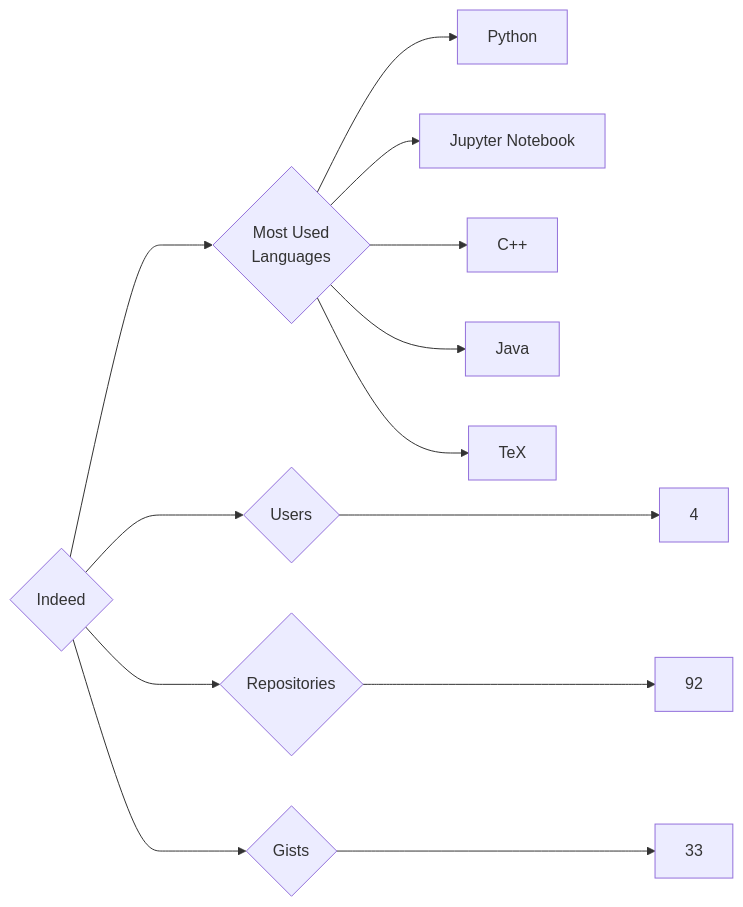
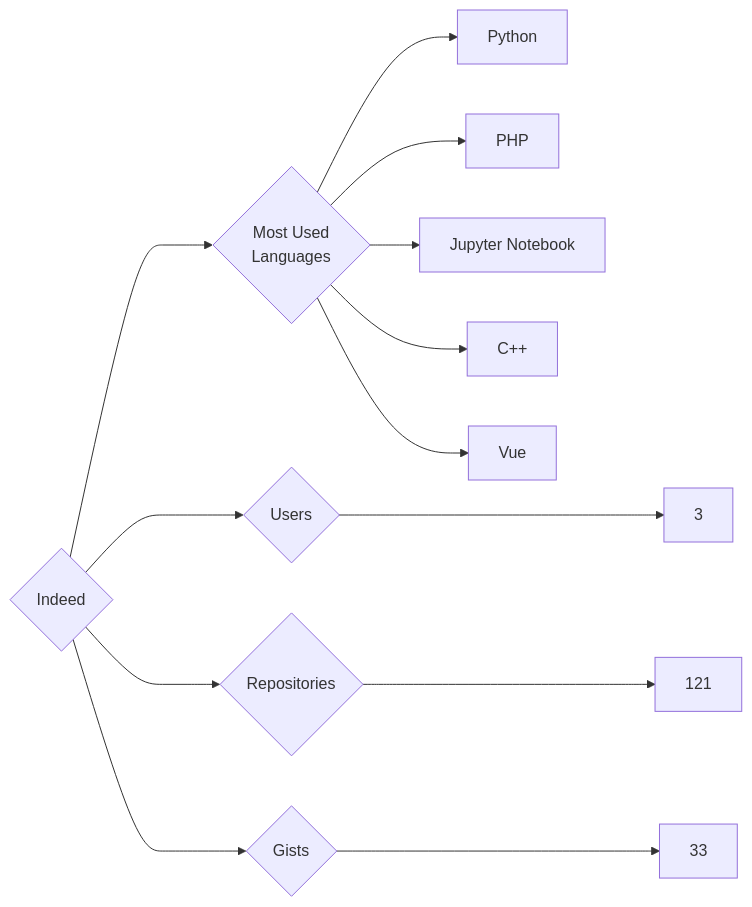
Before and after one commit to trickest/insiders: the diagram in targets/Indeed/README.md, drawn with Mermaid. The commit also changed 1023 other files, not shown here.

````diff
--- a/targets/Indeed/README.md
+++ b/targets/Indeed/README.md
@@ -3,13 +3,13 @@
 ```mermaid
 graph LR
 COMPANY_NAME{Indeed}
-COMPANY_NAME ---> U{Users} ---> UN[4]
-COMPANY_NAME ---> R{Repositories} ---> RN[92]
+COMPANY_NAME ---> U{Users} ---> UN[3]
+COMPANY_NAME ---> R{Repositories} ---> RN[121]
 COMPANY_NAME ---> G{Gists} ---> GN[33]
 COMPANY_NAME ---> ML{Most Used<br>Languages}
 ML --> Python[Python]
+ML --> PHP[PHP]
 ML --> Jupyter_Notebook[Jupyter Notebook]
 ML --> C++[C++]
-ML --> Java[Java]
-ML --> TeX[TeX]
+ML --> Vue[Vue]
 ```
````
